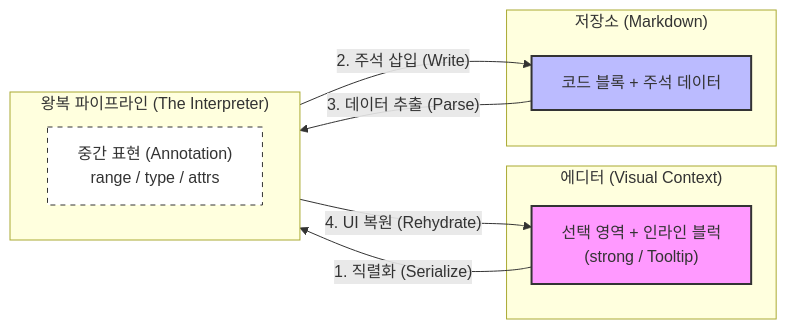
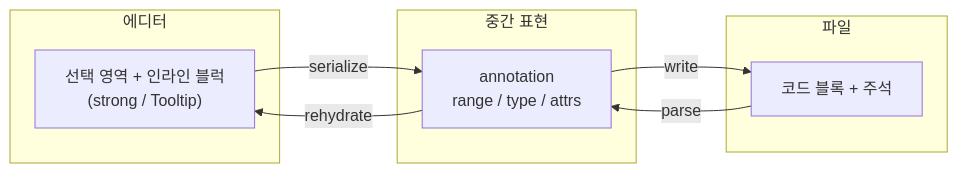
One commit to bh2980/bh2980_blog changed the second of 2 diagrams in src/contents/posts/코드-블럭에-툴팁을-띄우고-싶었을-뿐인데.mdx. Above: the diagram before and after it, drawn with Mermaid. The commit also changed other lines of this file, not shown here.

Commit message:
Update src/contents/posts/코드-블럭에-툴팁을-띄우고-싶었을-뿐인데

````diff
--- a/src/contents/posts/코드-블럭에-툴팁을-띄우고-싶었을-뿐인데.mdx
+++ b/src/contents/posts/코드-블럭에-툴팁을-띄우고-싶었을-뿐인데.mdx
@@ -132,27 +136,19 @@
 ```mermaid
 flowchart LR
-    subgraph Editor ["에디터 (Visual Context)"]
+    subgraph Editor ["에디터"]
         E["선택 영역 + 인라인 블럭<br/>(strong / Tooltip)"]
     end
 
-    subgraph Pipeline ["왕복 파이프라인 (The Interpreter)"]
-        direction LR
-        M["중간 표현 (Annotation)<br/>range / type / attrs"]
+    subgraph Pipeline ["중간 표현"]
+        M["annotation<br/>range / type / attrs"]
     end
 
-    subgraph Storage ["저장소 (Markdown)"]
-        F["코드 블록 + 주석 데이터"]
+    subgraph Storage ["파일"]
+        F["코드 블록 + 주석"]
     end
 
-    %% 저장 흐름 (Serialize)
-    E -->|"1. 직렬화 (Serialize)"| M
-    M -->|"2. 주석 삽입 (Write)"| F
-
-    %% 불러오기 흐름 (Parse & Rehydrate)
-    F -->|"3. 데이터 추출 (Parse)"| M
-    M -->|"4. UI 복원 (Rehydrate)"| E
-
-    style E fill:#f9f,stroke:#333,stroke-width:2px
-    style F fill:#bbf,stroke:#333,stroke-width:2px
-    style M fill:#fff,stroke:#333,stroke-dasharray: 5 5
+    E -->|"serialize"| M
+    M -->|"write"| F
+    F -->|"parse"| M
+    M -->|"rehydrate"| E
 ```
````
